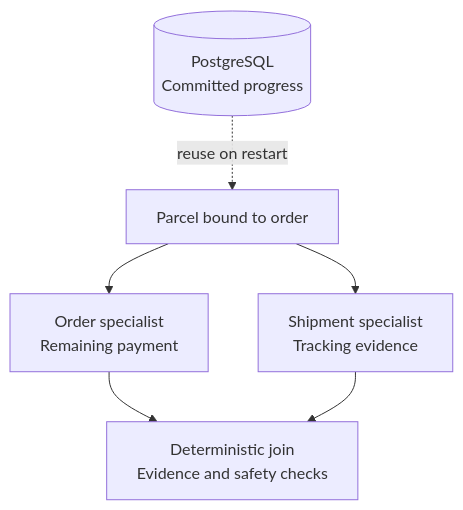
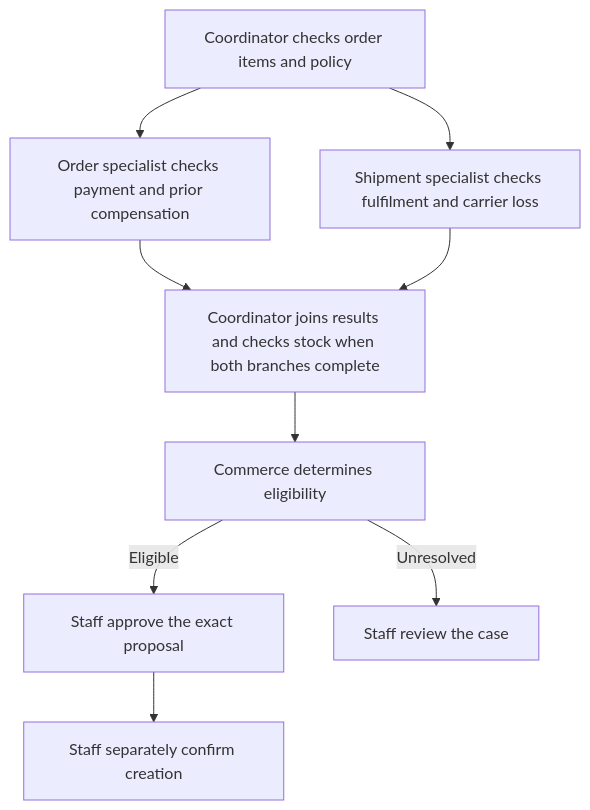
Before and after one commit to richardcheam/decisionops: the diagram in docs/ARCHITECTURE.md, drawn with Mermaid. The commit also changed other lines of this file and 21 other files, not shown here.

````diff
--- a/docs/ARCHITECTURE.md
+++ b/docs/ARCHITECTURE.md
@@ -6,8 +30,11 @@
 ```mermaid
 flowchart TD
-    D[(PostgreSQL<br/>Committed progress)] -. reuse on restart .-> B[Parcel bound to order]
-    B --> O[Order specialist<br/>Remaining payment]
-    B --> S[Shipment specialist<br/>Tracking evidence]
-    O --> J[Deterministic join<br/>Evidence and safety checks]
+    C[Coordinator checks order items and policy] --> O[Order specialist checks payment and prior compensation]
+    C --> S[Shipment specialist checks fulfilment and carrier loss]
+    O --> J[Coordinator joins results and checks stock when both branches complete]
     S --> J
+    J --> E[Commerce determines eligibility]
+    E -->|Eligible| A[Staff approve the exact proposal]
+    A --> X[Staff separately confirm creation]
+    E -->|Unresolved| R[Staff review the case]
 ```
````
